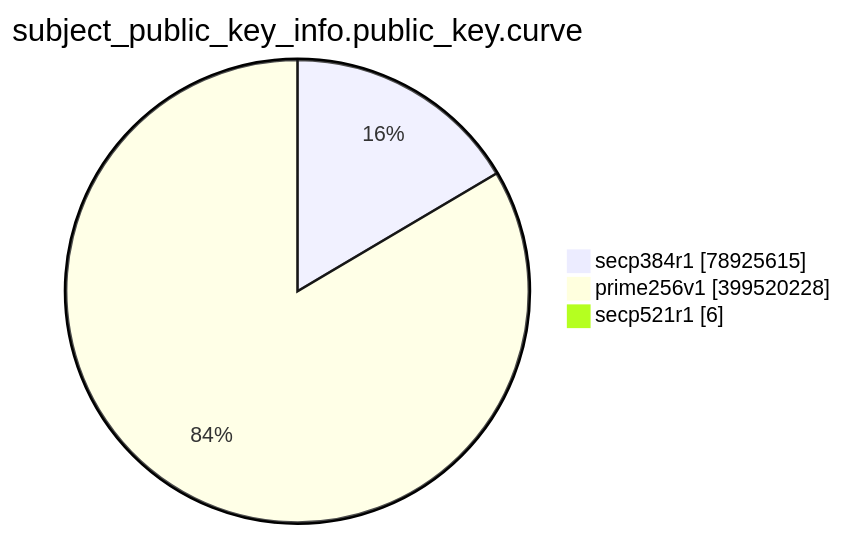
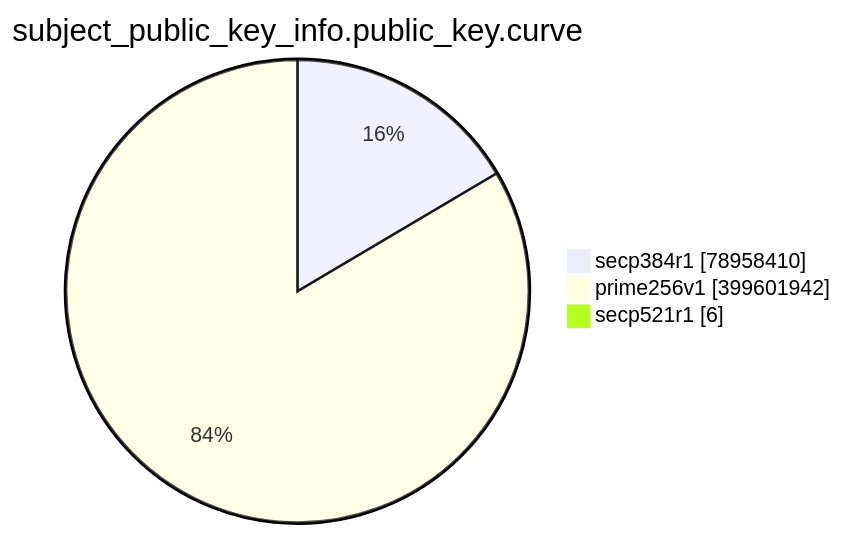
One commit to christiankrug/ctmonitor_visualization changed the eighth of 15 diagrams in TOTAL/README.md. Above: the diagram before and after it, drawn with Mermaid. The commit also changed other lines of this file, not shown here.

````diff
--- a/TOTAL/README.md
+++ b/TOTAL/README.md
@@ -3095,7 +3095,7 @@
 ```mermaid
 pie showData
 title subject_public_key_info.public_key.curve
-"secp384r1" :78925615
-"prime256v1" :399520228
+"secp384r1" :78958410
+"prime256v1" :399601942
 "secp521r1" :6
 ```
````
